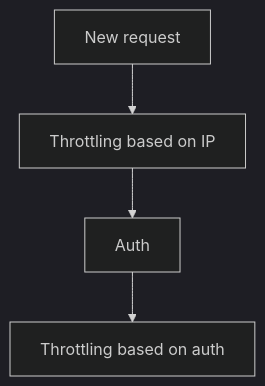
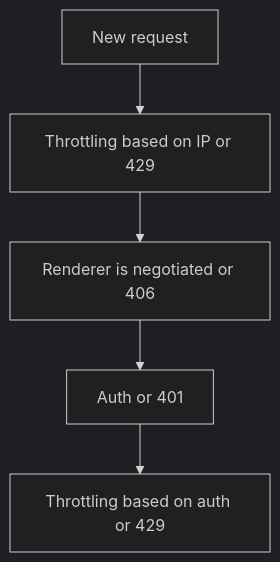
Before and after one commit to Peopl3s/django-modern-rest: the diagram in docs/pages/throttling.rst, drawn with Mermaid (dark theme). The commit also changed other lines of this file and 6 other files, not shown here.

Commit message:
Throttle before negotiation (#898)

```diff
--- a/docs/pages/throttling.rst
+++ b/docs/pages/throttling.rst
@@ -179,8 +183,9 @@
 .. mermaid::
   :caption: Throttling execution
   :config: {"theme": "forest"}
 
   graph
-      Start[New request] --> BeforeThrottle[Throttling based on IP];
-      BeforeThrottle --> Auth[Auth];
-      Auth --> AfterThrottle[Throttling based on auth];
+      Start[New request] --> BeforeThrottle[Throttling based on IP or 429];
+      BeforeThrottle --> RendererNegotiation[Renderer is negotiated or 406];
+      RendererNegotiation --> Auth[Auth or 401];
+      Auth --> AfterThrottle[Throttling based on auth or 429];
```
